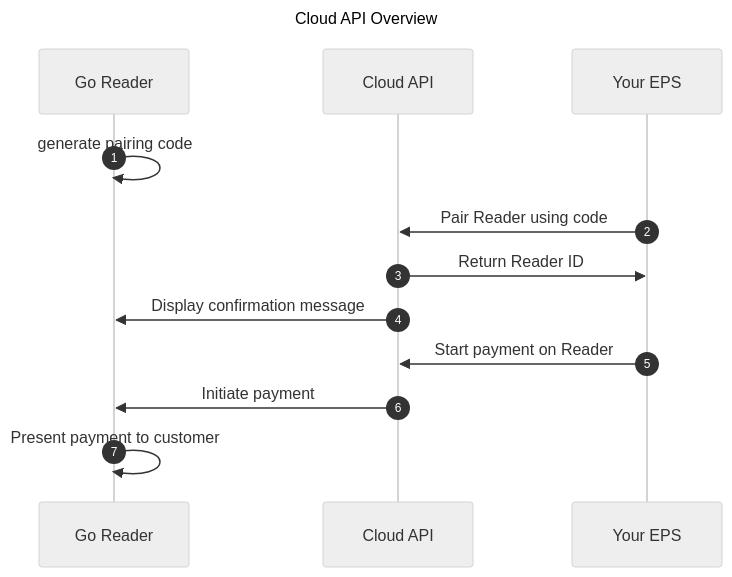
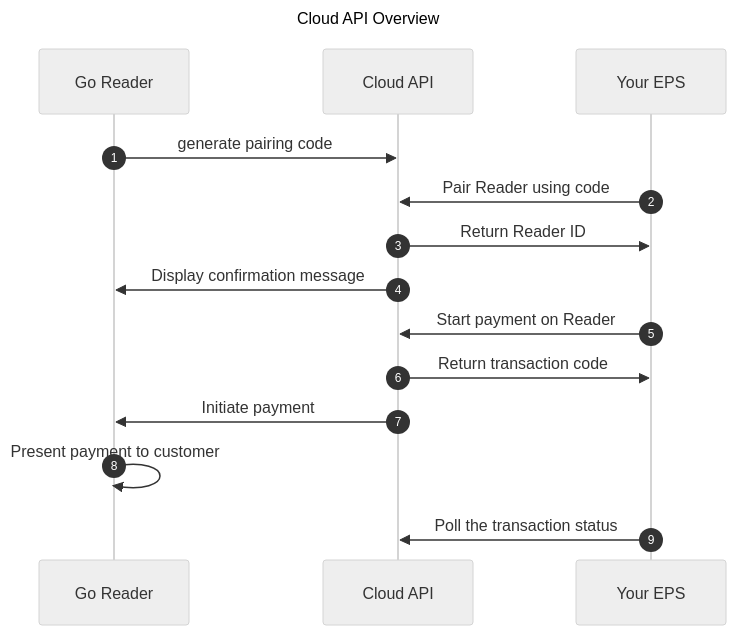
One commit to sumup/sumup-developer changed the diagram in src/content/docs/terminal-payments/cloud-api/go.mdx. Above: the diagram before and after it, drawn with Mermaid (neutral theme). The commit also changed other lines of this file and 1 other file, not shown here.

````diff
--- a/src/content/docs/terminal-payments/cloud-api/go.mdx
+++ b/src/content/docs/terminal-payments/cloud-api/go.mdx
@@ -42,15 +43,17 @@
 ```mermaid
 sequenceDiagram
     title: Cloud API Overview
     participant A as Go Reader
     participant B as Cloud API
     participant C as Your EPS
     autonumber
-    A ->> A: generate pairing code
+    A ->> B: generate pairing code
     C ->> B: Pair Reader using code
     B ->> C: Return Reader ID
     B ->> A: Display confirmation message
     C ->> B: Start payment on Reader
+    B ->> C: Return transaction code
     B ->> A: Initiate payment
     A ->> A: Present payment to customer
+    C ->> B: Poll the transaction status
 ```
````
